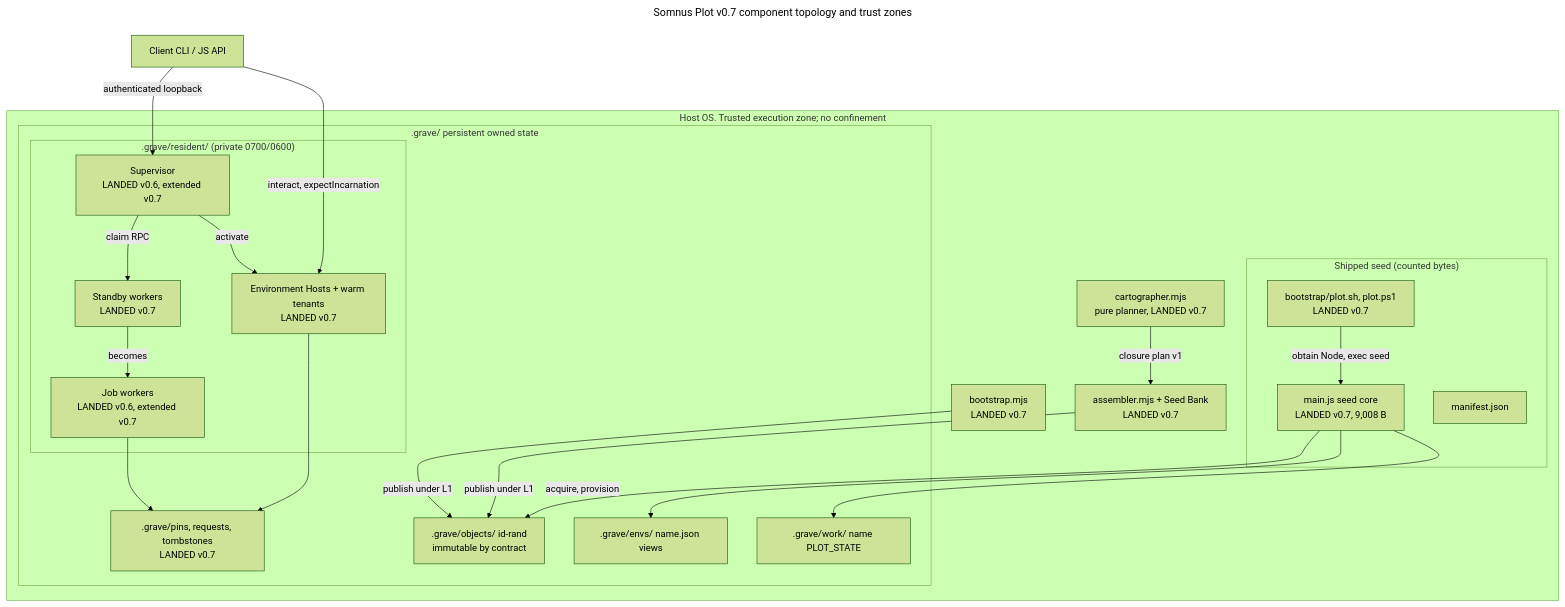
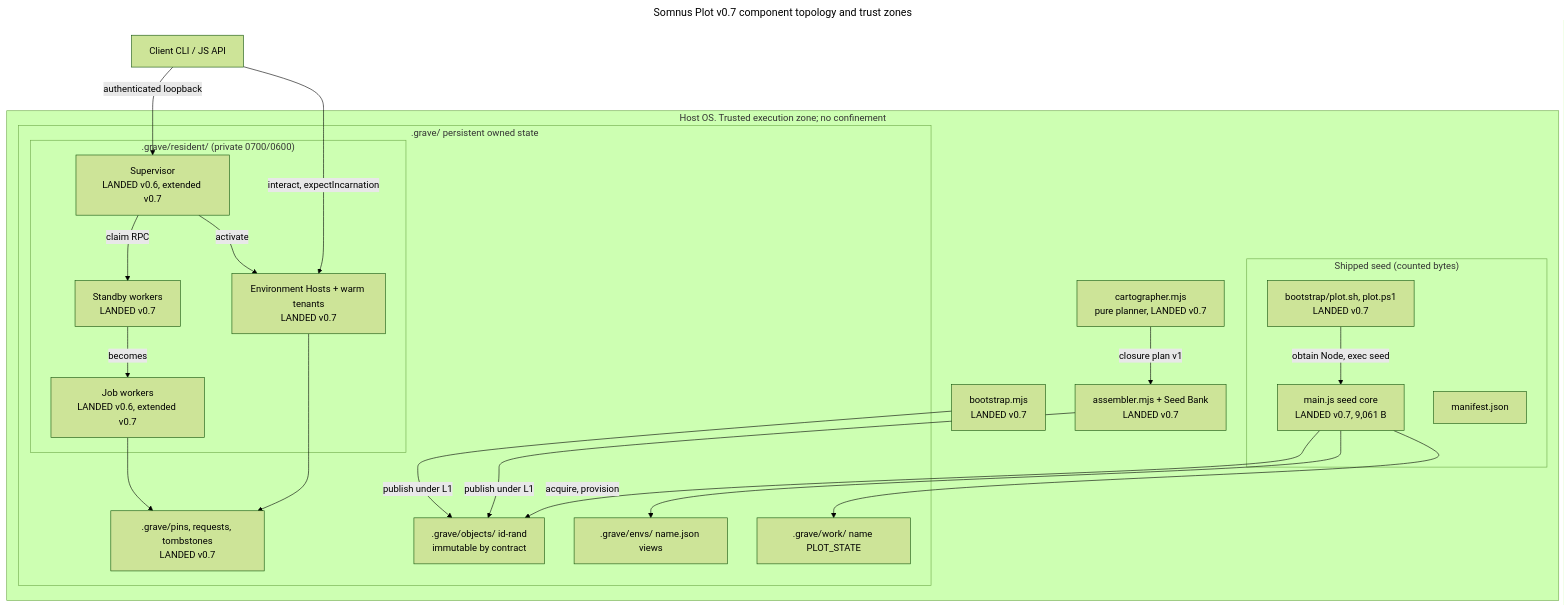
Before and after one commit to calisweetleaf/somnus-plot: the second of 7 diagrams in WHITEPAPER.md, drawn with Mermaid (forest theme). The commit also changed other lines of this file and 108 other files, not shown here.

````diff
--- a/WHITEPAPER.md
+++ b/WHITEPAPER.md
@@ -218,42 +220,42 @@
 ```mermaid
 ---
 title: Somnus Plot v0.7 component topology and trust zones
 ---
 flowchart TB
   subgraph HOST["Host OS. Trusted execution zone; no confinement"]
     subgraph SHIP["Shipped seed (counted bytes)"]
-      CORE["main.js seed core<br/>LANDED v0.7, 9,008 B"]
+      CORE["main.js seed core<br/>LANDED v0.7, 9,061 B"]
       MAN["manifest.json"]
       BOOT["bootstrap/plot.sh, plot.ps1<br/>LANDED v0.7"]
     end
     subgraph GRAVE[".grave/ persistent owned state"]
       OBJ[".grave/objects/ id-rand<br/>immutable by contract"]
       ENVS[".grave/envs/ name.json views"]
       WORK[".grave/work/ name PLOT_STATE"]
       PINS[".grave/pins, requests, tombstones<br/>LANDED v0.7"]
       subgraph RES[".grave/resident/ (private 0700/0600)"]
         SUP["Supervisor<br/>LANDED v0.6, extended v0.7"]
         SB["Standby workers<br/>LANDED v0.7"]
         JOB["Job workers<br/>LANDED v0.6, extended v0.7"]
         EH["Environment Hosts + warm tenants<br/>LANDED v0.7"]
       end
     end
     CART["cartographer.mjs<br/>pure planner, LANDED v0.7"]
     ASM["assembler.mjs + Seed Bank<br/>LANDED v0.7"]
     BSC["bootstrap.mjs<br/>LANDED v0.7"]
   end
   CLIENT["Client CLI / JS API"] -->|authenticated loopback| SUP
   CORE -->|acquire, provision| OBJ
   CORE --> ENVS
   CORE --> WORK
   SUP -->|claim RPC| SB
   SB -->|becomes| JOB
   SUP -->|activate| EH
   CLIENT -->|interact, expectIncarnation| EH
   CART -->|closure plan v1| ASM
   ASM -->|publish under L1| OBJ
   BOOT -->|obtain Node, exec seed| CORE
   BSC -->|publish under L1| OBJ
   JOB --> PINS
   EH --> PINS
 ```
````
